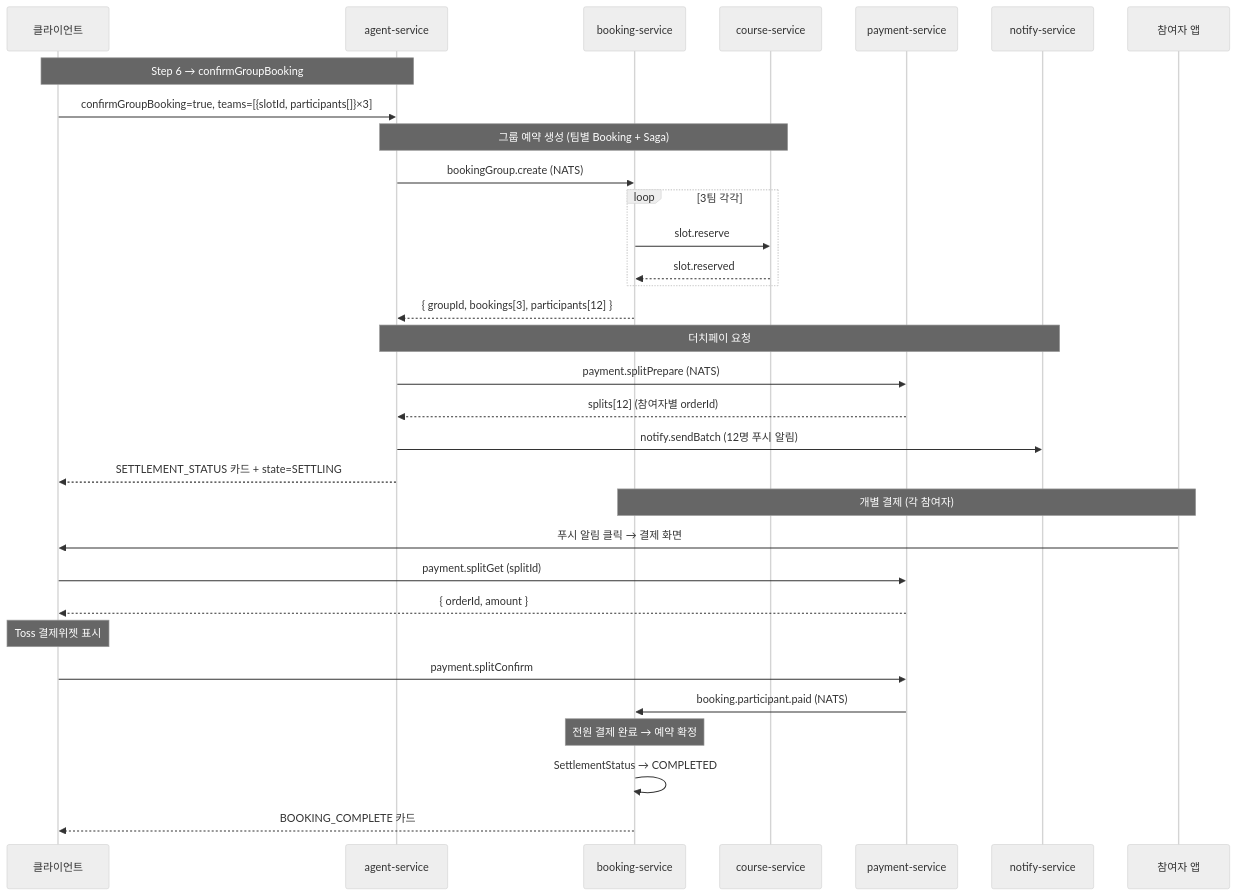
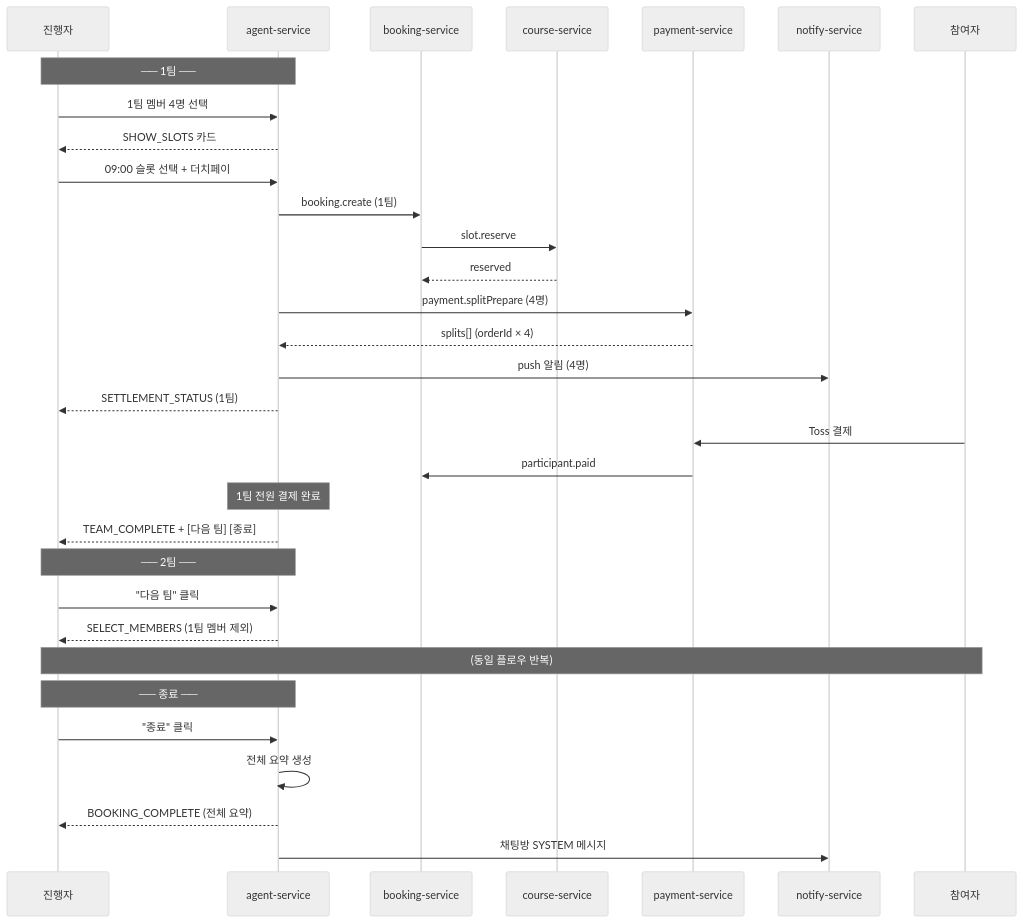
One commit to uniyous/parkgolf-platform changed the fourth of 4 diagrams in docs/workflow/AGENT.md. Above: the diagram before and after it, drawn with Mermaid (neutral theme). The commit also changed other lines of this file, not shown here.

First line of the commit message:
docs(agent): 그룹 예약 워크플로우를 팀별 순차 진행 방식으로 재설계

````diff
--- a/docs/workflow/AGENT.md
+++ b/docs/workflow/AGENT.md
@@ -1294,39 +948,39 @@
 ```mermaid
 sequenceDiagram
-    participant App as 클라이언트
+    participant App as 진행자
     participant Agent as agent-service
     participant Book as booking-service
     participant Course as course-service
     participant Pay as payment-service
     participant Notify as notify-service
-    participant P as 참여자 앱
+    participant P as 참여자
 
-    Note over App,Agent: Step 6 → confirmGroupBooking
-    App->>Agent: confirmGroupBooking=true, teams=[{slotId, participants[]}×3]
+    Note over App,Agent: ── 1팀 ──
+    App->>Agent: 1팀 멤버 4명 선택
+    Agent-->>App: SHOW_SLOTS 카드
+    App->>Agent: 09:00 슬롯 선택 + 더치페이
+    Agent->>Book: booking.create (1팀)
+    Book->>Course: slot.reserve
+    Course-->>Book: reserved
+    Agent->>Pay: payment.splitPrepare (4명)
+    Pay-->>Agent: splits[] (orderId × 4)
+    Agent->>Notify: push 알림 (4명)
+    Agent-->>App: SETTLEMENT_STATUS (1팀)
 
-    Note over Agent,Course: 그룹 예약 생성 (팀별 Booking + Saga)
-    Agent->>Book: bookingGroup.create (NATS)
-    loop 3팀 각각
-        Book->>Course: slot.reserve
-        Course-->>Book: slot.reserved
-    end
-    Book-->>Agent: { groupId, bookings[3], participants[12] }
+    P->>Pay: Toss 결제
+    Pay->>Book: participant.paid
 
-    Note over Agent,Notify: 더치페이 요청
-    Agent->>Pay: payment.splitPrepare (NATS)
-    Pay-->>Agent: splits[12] (참여자별 orderId)
-    Agent->>Notify: notify.sendBatch (12명 푸시 알림)
-    Agent-->>App: SETTLEMENT_STATUS 카드 + state=SETTLING
+    Note over Agent: 1팀 전원 결제 완료
+    Agent-->>App: TEAM_COMPLETE + [다음 팀] [종료]
 
-    Note over P,Book: 개별 결제 (각 참여자)
-    P->>App: 푸시 알림 클릭 → 결제 화면
-    App->>Pay: payment.splitGet (splitId)
-    Pay-->>App: { orderId, amount }
-    Note over App: Toss 결제위젯 표시
-    App->>Pay: payment.splitConfirm
-    Pay->>Book: booking.participant.paid (NATS)
+    Note over App,Agent: ── 2팀 ──
+    App->>Agent: "다음 팀" 클릭
+    Agent-->>App: SELECT_MEMBERS (1팀 멤버 제외)
+    Note over App,P: (동일 플로우 반복)
 
-    Note over Book: 전원 결제 완료 → 예약 확정
-    Book->>Book: SettlementStatus → COMPLETED
-    Book-->>App: BOOKING_COMPLETE 카드
+    Note over App,Agent: ── 종료 ──
+    App->>Agent: "종료" 클릭
+    Agent->>Agent: 전체 요약 생성
+    Agent-->>App: BOOKING_COMPLETE (전체 요약)
+    Agent->>Notify: 채팅방 SYSTEM 메시지
 ```
````
